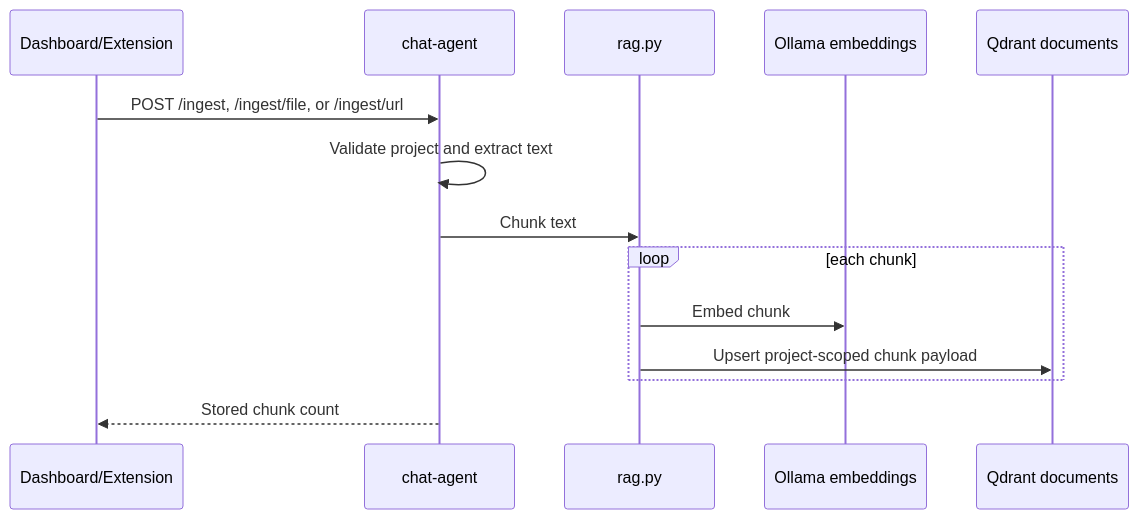
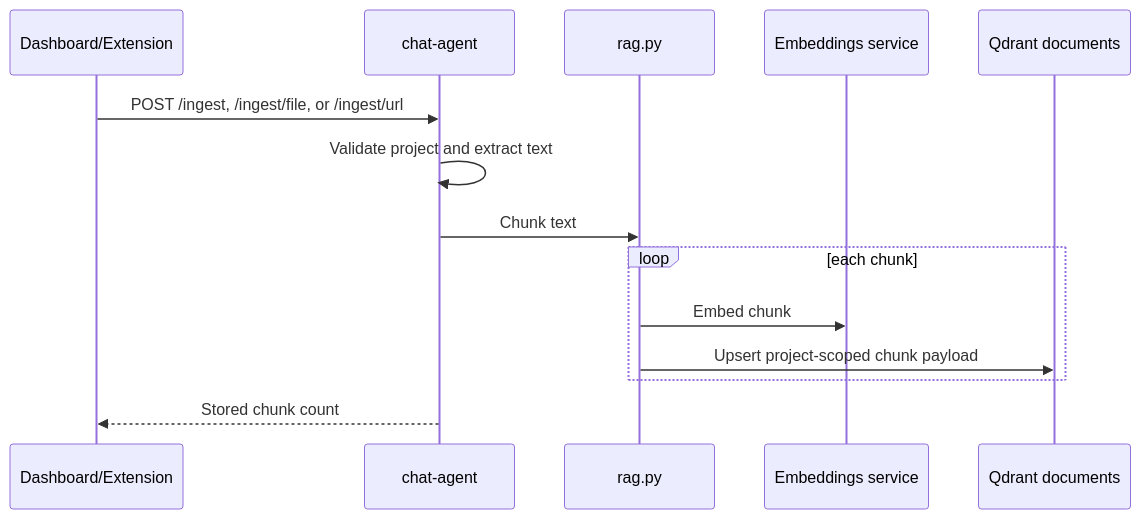
Before and after one commit to nazim117/Research-Agent: the third of 5 diagrams in README.md, drawn with Mermaid. The commit also changed other lines of this file and 13 other files, not shown here.

````diff
--- a/README.md
+++ b/README.md
@@ -155,17 +171,17 @@
 ```mermaid
 sequenceDiagram
   participant UI as Dashboard/Extension
   participant API as chat-agent
   participant R as rag.py
-  participant O as Ollama embeddings
+  participant O as Embeddings service
   participant Q as Qdrant documents
 
   UI->>API: POST /ingest, /ingest/file, or /ingest/url
   API->>API: Validate project and extract text
   API->>R: Chunk text
   loop each chunk
     R->>O: Embed chunk
     R->>Q: Upsert project-scoped chunk payload
   end
   API-->>UI: Stored chunk count
 ```
````
